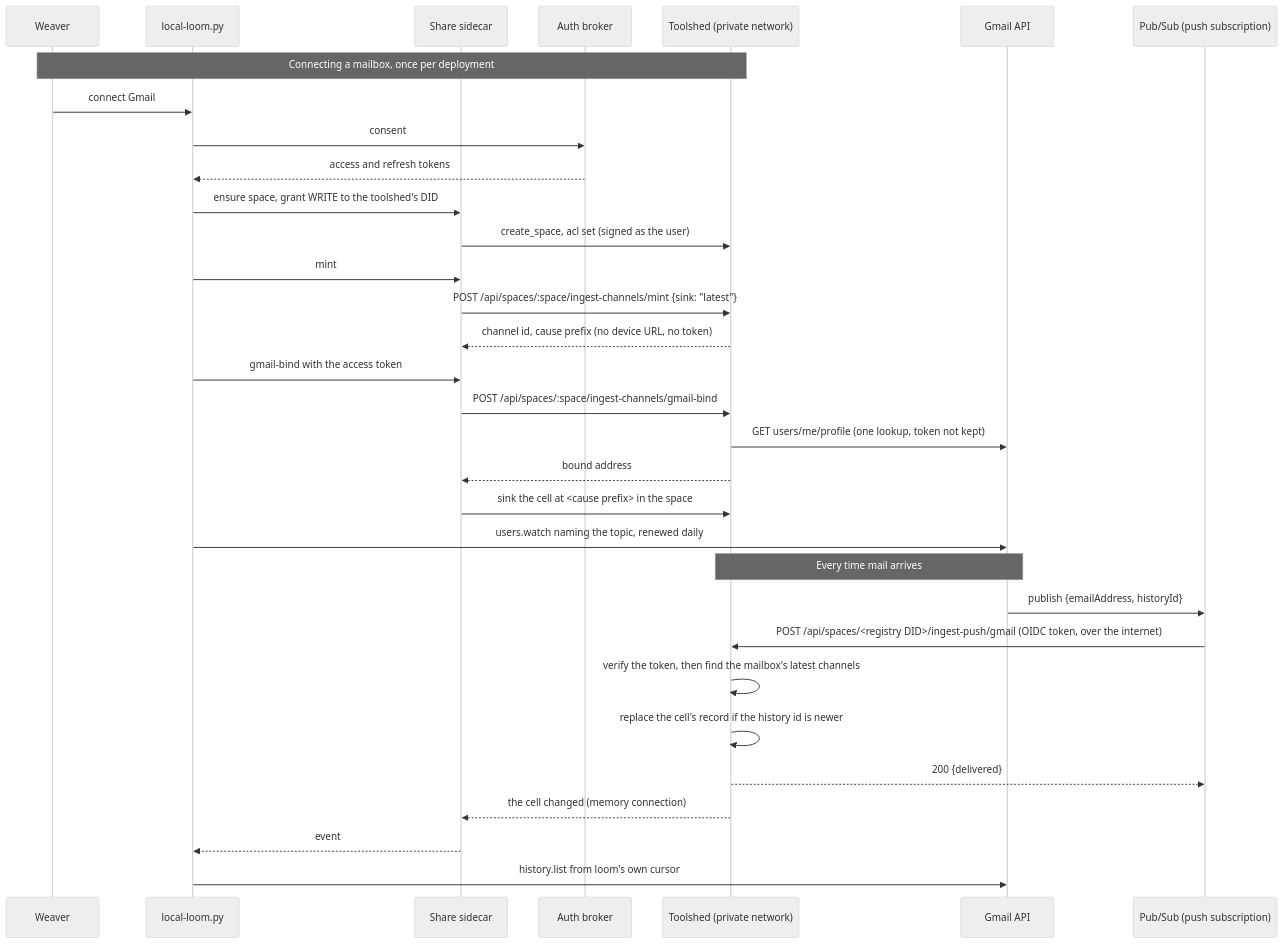
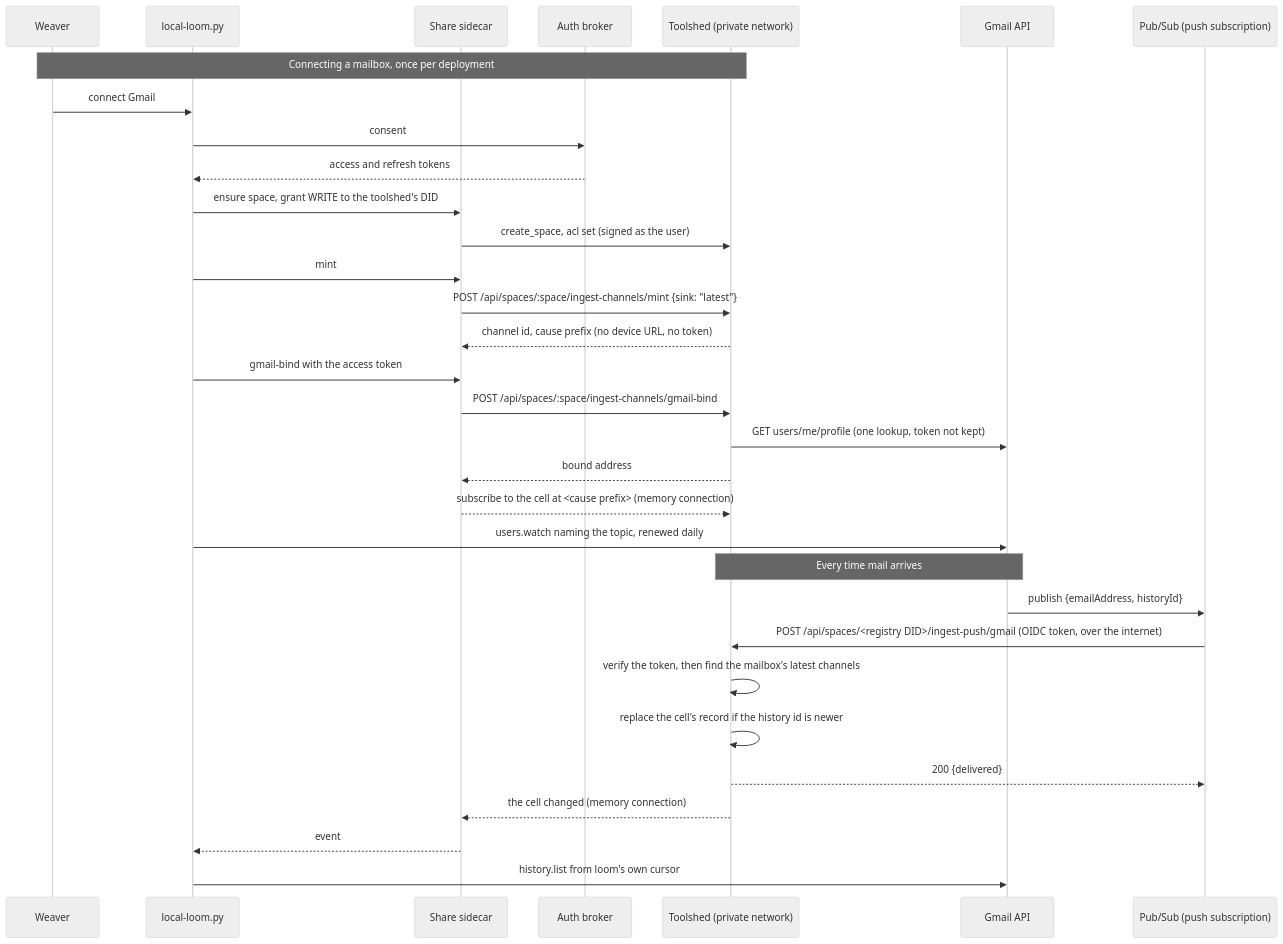
The fourth of 4 diagrams in docs/features/gmail-push-architecture.md (commonfabric/labs), drawn with Mermaid (neutral theme) before and after one commit. The commit also changed other lines of this file and 4 other files, not shown here.

````diff
--- a/docs/features/gmail-push-architecture.md
+++ b/docs/features/gmail-push-architecture.md
@@ -165,36 +168,36 @@
 ```mermaid
 sequenceDiagram
     participant W as Weaver
     participant L as local-loom.py
     participant S as Share sidecar
     participant B as Auth broker
     participant T as Toolshed (private network)
     participant G as Gmail API
     participant P as Pub/Sub (push subscription)
 
     Note over W,T: Connecting a mailbox, once per deployment
     W->>L: connect Gmail
     L->>B: consent
     B-->>L: access and refresh tokens
     L->>S: ensure space, grant WRITE to the toolshed's DID
     S->>T: create_space, acl set (signed as the user)
     L->>S: mint
     S->>T: POST /api/spaces/:space/ingest-channels/mint {sink: "latest"}
     T-->>S: channel id, cause prefix (no device URL, no token)
     L->>S: gmail-bind with the access token
     S->>T: POST /api/spaces/:space/ingest-channels/gmail-bind
     T->>G: GET users/me/profile (one lookup, token not kept)
     T-->>S: bound address
-    S->>T: sink the cell at <cause prefix> in the space
+    S-->>T: subscribe to the cell at <cause prefix> (memory connection)
     L->>G: users.watch naming the topic, renewed daily
 
     Note over G,T: Every time mail arrives
     G->>P: publish {emailAddress, historyId}
     P->>T: POST /api/spaces/<registry DID>/ingest-push/gmail (OIDC token, over the internet)
     T->>T: verify the token, then find the mailbox's latest channels
     T->>T: replace the cell's record if the history id is newer
     T-->>P: 200 {delivered}
     T-->>S: the cell changed (memory connection)
     S-->>L: event
     L->>G: history.list from loom's own cursor
 ```
````
